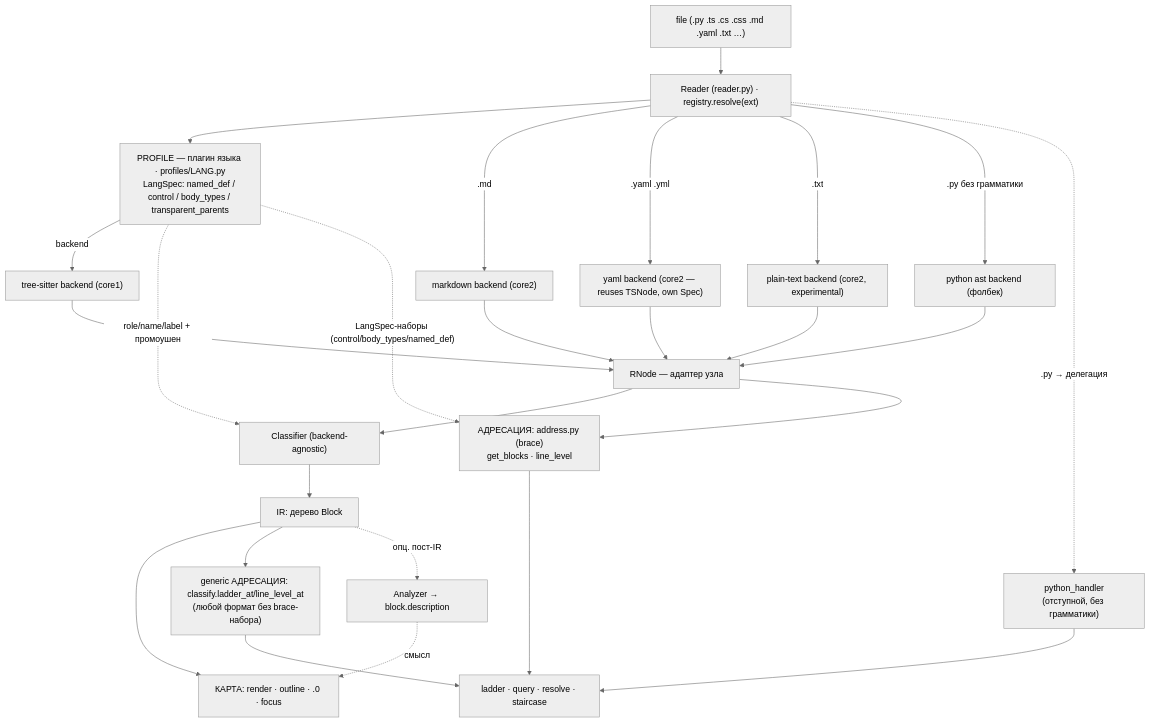
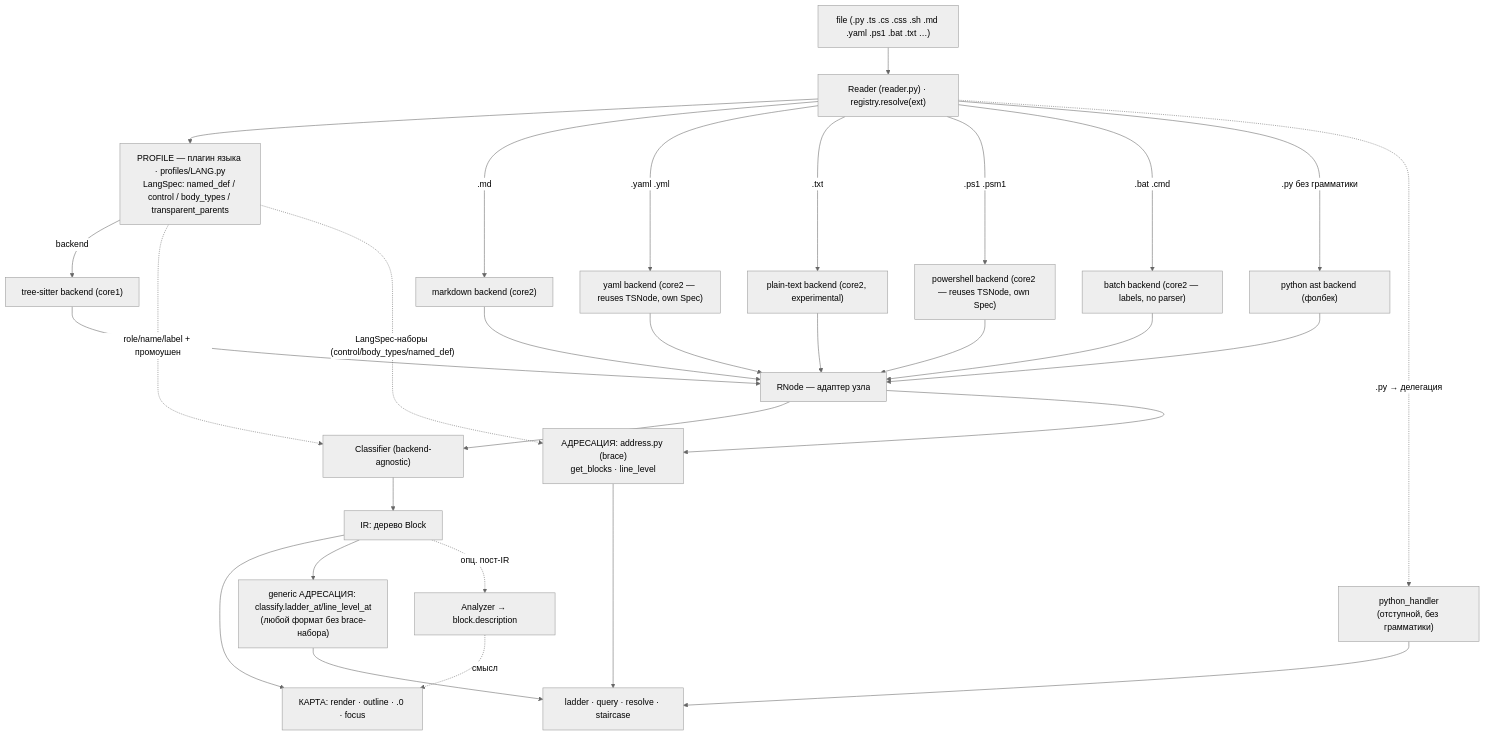
One commit to seneelya/Project-Context-Box-Tools changed the diagram in get_codeblock/reader/CONTRACT.md. Above: the diagram before and after it, drawn with Mermaid (neutral theme). The commit also changed other lines of this file and 24 other files, not shown here.

Commit message:
get_codeblock: shell scripts .sh/.ps1/.bat (REQ-012); one ext->language map

````diff
--- a/get_codeblock/reader/CONTRACT.md
+++ b/get_codeblock/reader/CONTRACT.md
@@ -32,30 +32,34 @@
 ```mermaid
 flowchart TB
-  F["file (.py .ts .cs .css .md .yaml .txt …)"] --> R["Reader (reader.py) · registry.resolve(ext)"]
+  F["file (.py .ts .cs .css .sh .md .yaml .ps1 .bat .txt …)"] --> R["Reader (reader.py) · registry.resolve(ext)"]
   R --> P["PROFILE — плагин языка · profiles/LANG.py<br/>LangSpec: named_def / control / body_types / transparent_parents"]
   P -->|backend| TS["tree-sitter backend (core1)"]
   R -->|.md| MD["markdown backend (core2)"]
   R -->|.yaml .yml| YML["yaml backend (core2 — reuses TSNode, own Spec)"]
   R -->|.txt| TXT["plain-text backend (core2, experimental)"]
+  R -->|.ps1 .psm1| PS["powershell backend (core2 — reuses TSNode, own Spec)"]
+  R -->|.bat .cmd| BAT["batch backend (core2 — labels, no parser)"]
   R -->|".py без грамматики"| AST["python ast backend (фолбек)"]
   TS --> N["RNode — адаптер узла"]
   MD --> N
   YML --> N
   TXT --> N
+  PS --> N
+  BAT --> N
   AST --> N
 
   N --> C["Classifier (backend-agnostic)"]
   P -. "role/name/label + промоушен" .-> C
   C --> IR["IR: дерево Block"]
   IR --> OUTMAP["КАРТА: render · outline · .0 · focus"]
   IR --> GENADDR["generic АДРЕСАЦИЯ: classify.ladder_at/line_level_at<br/>(любой формат без brace-набора)"]
   IR -. "опц. пост-IR" .-> AN["Analyzer → block.description"]
   AN -. "смысл" .-> OUTMAP
 
   N --> ADDR["АДРЕСАЦИЯ: address.py (brace)<br/>get_blocks · line_level"]
   P -. "LangSpec-наборы (control/body_types/named_def)" .-> ADDR
   R -. ".py → делегация" .-> DEL["python_handler<br/>(отступной, без грамматики)"]
   ADDR --> ADDROUT["ladder · query · resolve · staircase"]
   DEL --> ADDROUT
   GENADDR --> ADDROUT
 ```
````
